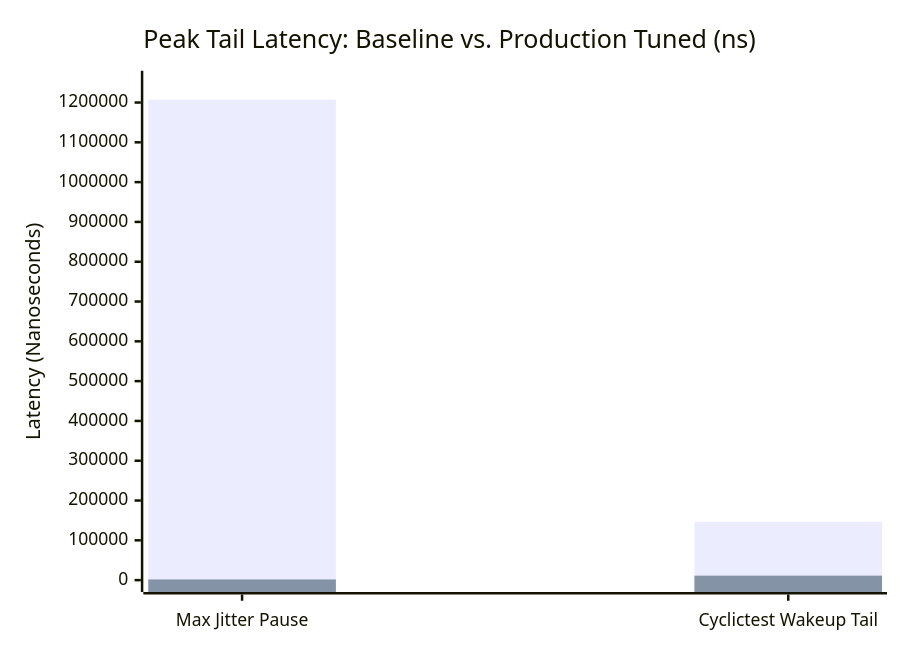
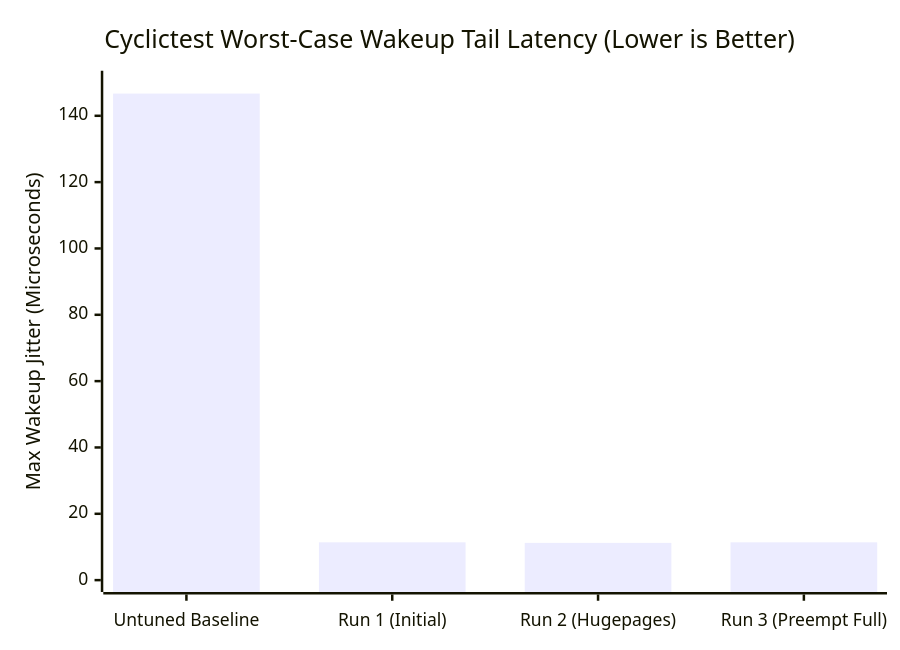
One commit to wazzuck/hft changed the second of 2 diagrams in results/BASELINE_VS_TUNED_FINAL_REPORT.md. Above: the diagram before and after it, drawn with Mermaid. The commit also changed other lines of this file and 8 other files, not shown here.

Commit message:
feat(benchmark): record run 3 post-reboot results with preempt=full and PCIe MRRS 4096B

````diff
--- a/results/BASELINE_VS_TUNED_FINAL_REPORT.md
+++ b/results/BASELINE_VS_TUNED_FINAL_REPORT.md
@@ -61,8 +71,7 @@
 ```mermaid
 xychart-beta
-    title "Peak Tail Latency: Baseline vs. Production Tuned (ns)"
-    x-axis ["Max Jitter Pause", "Cyclictest Wakeup Tail"]
-    y-axis "Latency (Nanoseconds)" 0 --> 1250000
-    bar [1207414, 146771]
-    bar [1683, 11229]
+    title "Cyclictest Worst-Case Wakeup Tail Latency (Lower is Better)"
+    x-axis ["Untuned Baseline", "Run 1 (Initial)", "Run 2 (Hugepages)", "Run 3 (Preempt Full)"]
+    y-axis "Max Wakeup Jitter (Microseconds)" 0 --> 150
+    bar [146.7, 11.39, 11.23, 11.40]
 ```
````
